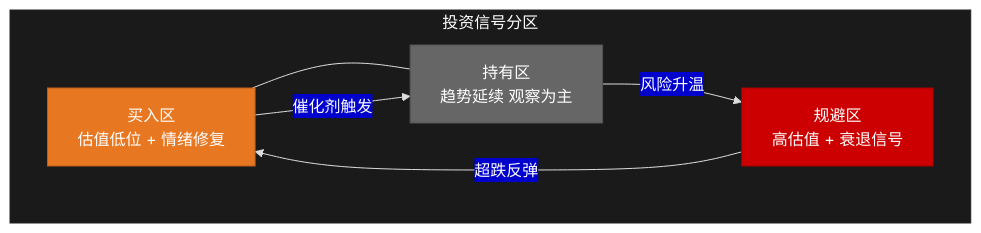
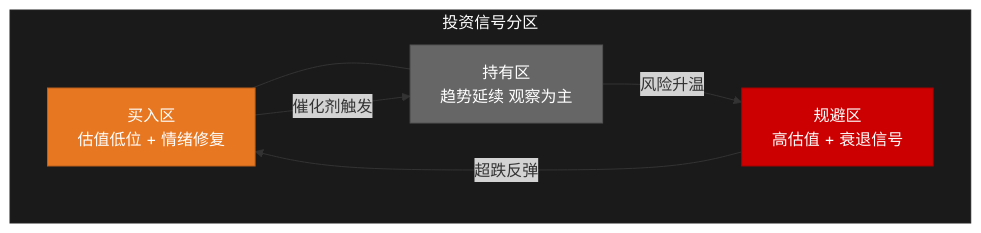
Before and after one commit to harveyzhang814/harveyz-skill: the second of 7 diagrams in skills/writing/mermaid-diagram/tests/bain-style-test.md, drawn with Mermaid. The commit also changed other lines of this file and 2 other files, not shown here.

First line of the commit message:
fix(mermaid-diagram): remove %%{init}%% blocks; ban in SKILL.md

````diff
--- a/skills/writing/mermaid-diagram/tests/bain-style-test.md
+++ b/skills/writing/mermaid-diagram/tests/bain-style-test.md
@@ -55,20 +47,16 @@
 ```mermaid
-%%{init: {"theme": "base", "themeVariables": {
-  "primaryColor": "#CC0000", "primaryTextColor": "#FFFFFF",
-  "background": "#FFFFFF", "titleColor": "#CC0000", "lineColor": "#DDDDDD"
-}}}%%
 flowchart TD
     subgraph ZONE["投资信号分区"]
         A["买入区<br/>估值低位 + 情绪修复"] --- B["持有区<br/>趋势延续 观察为主"]
         C["规避区<br/>高估值 + 衰退信号"]
     end
 
     A -->|"催化剂触发"| B
     B -->|"风险升温"| C
     C -->|"超跌反弹"| A
 
     style ZONE fill:#1A1A1A,color:#fff,stroke:#222222
     style A fill:#E87722,color:#fff,stroke:#BA5F1B
     style B fill:#666666,color:#fff,stroke:#525252
     style C fill:#CC0000,color:#fff,stroke:#A30000
 ```
````
